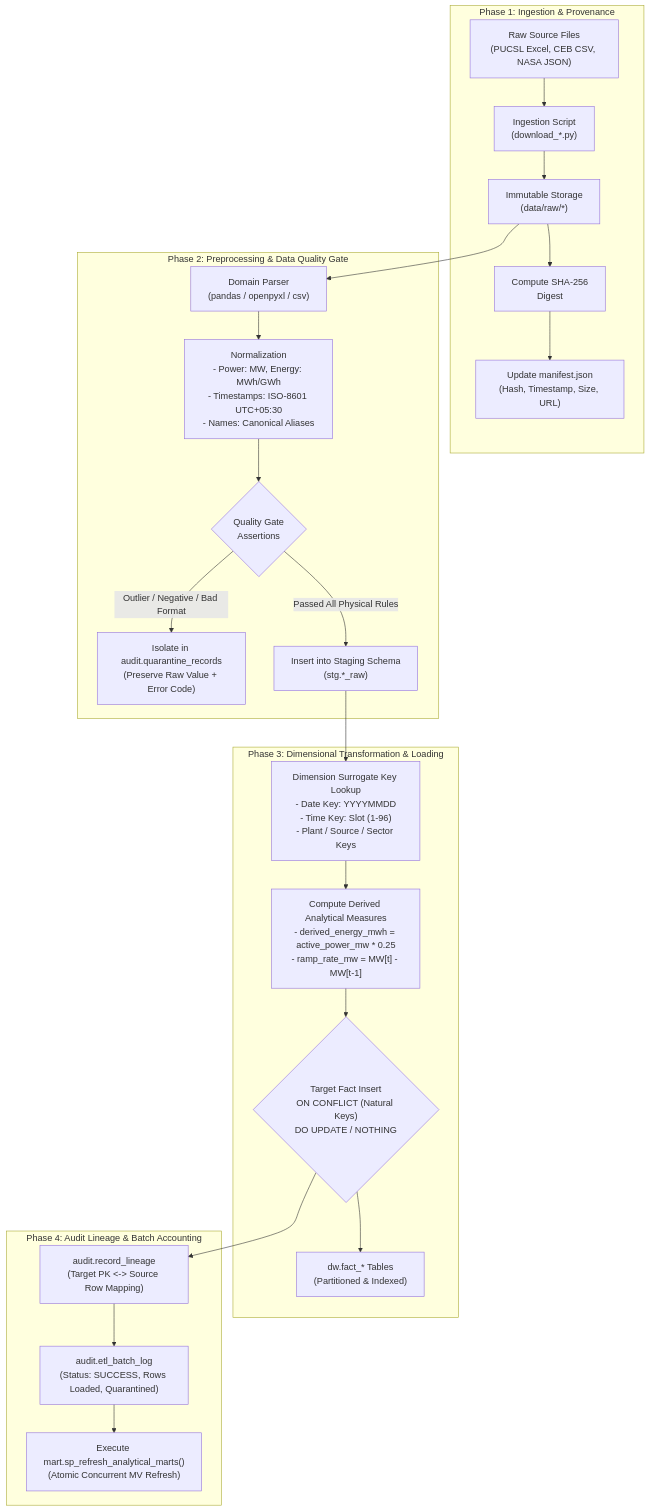
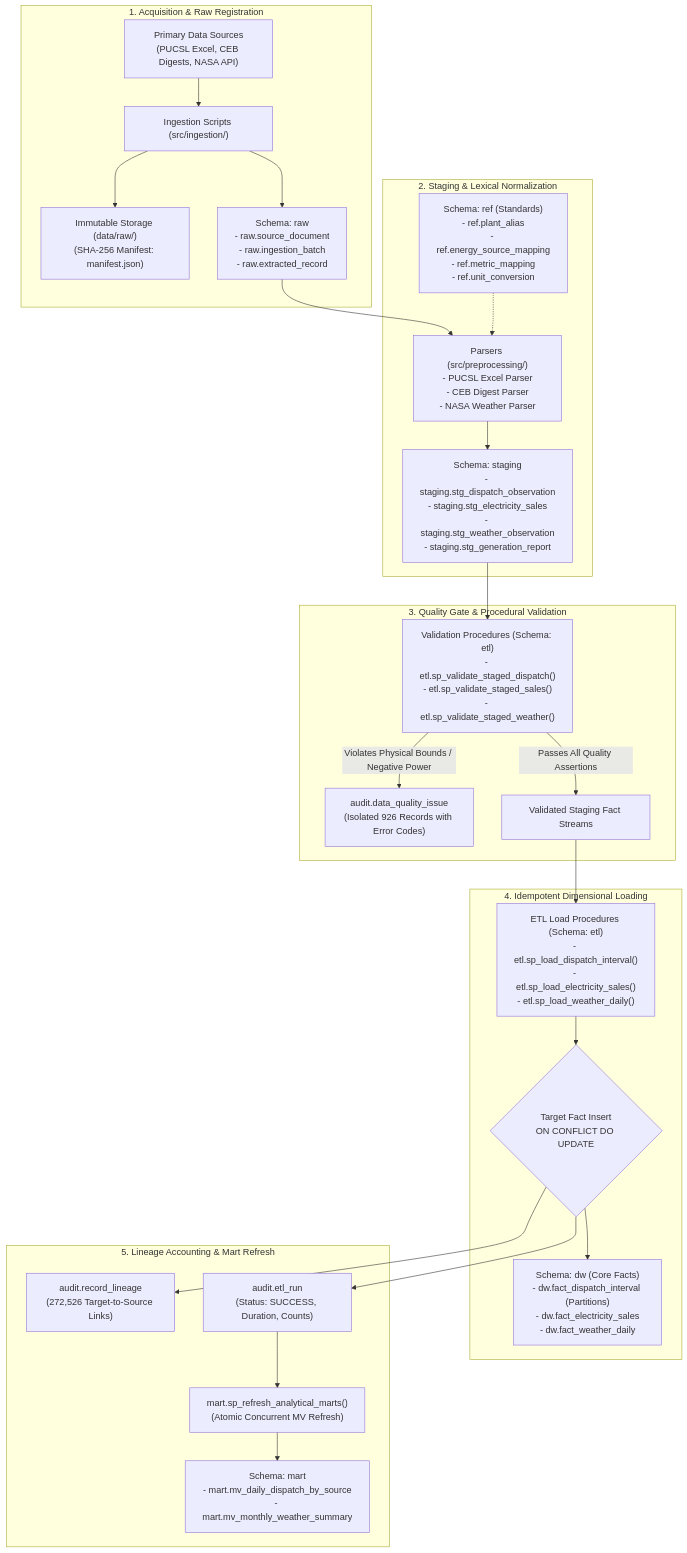
Before and after one commit to HajithMohamed/LankaGrid-Analytics: the diagram in docs/diagrams/etl-workflow.mmd, drawn with Mermaid. The commit also changed 23 other files, not shown here.

Commit message:
docs(academic): synchronize Phase 4 deliverables with verified schema, University of Ruhuna details, and submission package

```diff
--- a/docs/diagrams/etl-workflow.mmd
+++ b/docs/diagrams/etl-workflow.mmd
@@ -1,35 +1,39 @@
 flowchart TD
     %% ==============================================================================
-    %% GridLens Idempotent ETL Pipeline Architecture
-    %% Lecture 4 (Data Staging & ETL), Lecture 6 (Quality Engineering)
+    %% GridLens Authentic Idempotent ETL Architecture
+    %% Real Implementation: Staging, Validation, Quarantine, Loading & Lineage
     %% ==============================================================================
 
-    subgraph PHASE1["Phase 1: Ingestion & Provenance"]
-        SRC["Raw Source Files<br/>(PUCSL Excel, CEB CSV, NASA JSON)"] --> DOWNLOAD["Ingestion Script<br/>(download_*.py)"]
-        DOWNLOAD --> RAW_STORAGE["Immutable Storage<br/>(data/raw/*)"]
-        RAW_STORAGE --> HASH["Compute SHA-256<br/>Digest"]
-        HASH --> MANIFEST["Update manifest.json<br/>(Hash, Timestamp, Size, URL)"]
+    subgraph INGESTION["1. Acquisition & Raw Registration"]
+        RAW_SOURCE["Primary Data Sources<br/>(PUCSL Excel, CEB Digests, NASA API)"] --> DOWNLOAD["Ingestion Scripts (src/ingestion/)"]
+        DOWNLOAD --> RAW_FS["Immutable Storage (data/raw/)<br/>(SHA-256 Manifest: manifest.json)"]
+        DOWNLOAD --> RAW_DB["Schema: raw<br/>- raw.source_document<br/>- raw.ingestion_batch<br/>- raw.extracted_record"]
     end
 
-    subgraph PHASE2["Phase 2: Preprocessing & Data Quality Gate"]
-        RAW_STORAGE --> PARSER["Domain Parser<br/>(pandas / openpyxl / csv)"]
-        PARSER --> NORM["Normalization<br/>- Power: MW, Energy: MWh/GWh<br/>- Timestamps: ISO-8601 UTC+05:30<br/>- Names: Canonical Aliases"]
-        NORM --> GATE{"Quality Gate<br/>Assertions"}
+    subgraph STAGING_PARSE["2. Staging & Lexical Normalization"]
+        RAW_DB --> PARSERS["Parsers (src/preprocessing/)<br/>- PUCSL Excel Parser<br/>- CEB Digest Parser<br/>- NASA Weather Parser"]
+        PARSERS --> STG_TABLES["Schema: staging<br/>- staging.stg_dispatch_observation<br/>- staging.stg_electricity_sales<br/>- staging.stg_weather_observation<br/>- staging.stg_generation_report"]
         
-        GATE -->|Outlier / Negative / Bad Format| QUARANTINE["Isolate in audit.quarantine_records<br/>(Preserve Raw Value + Error Code)"]
-        GATE -->|Passed All Physical Rules| STG_INSERT["Insert into Staging Schema<br/>(stg.*_raw)"]
+        REF_DATA["Schema: ref (Standards)<br/>- ref.plant_alias<br/>- ref.energy_source_mapping<br/>- ref.metric_mapping<br/>- ref.unit_conversion"] -.-> PARSERS
     end
 
-    subgraph PHASE3["Phase 3: Dimensional Transformation & Loading"]
-        STG_INSERT --> DIM_LOOKUP["Dimension Surrogate Key Lookup<br/>- Date Key: YYYYMMDD<br/>- Time Key: Slot (1-96)<br/>- Plant / Source / Sector Keys"]
-        DIM_LOOKUP --> COMPUTE_DERIVED["Compute Derived Analytical Measures<br/>- derived_energy_mwh = active_power_mw * 0.25<br/>- ramp_rate_mw = MW[t] - MW[t-1]"]
-        COMPUTE_DERIVED --> UPSERT{"Target Fact Insert<br/>ON CONFLICT (Natural Keys)<br/>DO UPDATE / NOTHING"}
+    subgraph VALIDATION_GATE["3. Quality Gate & Procedural Validation"]
+        STG_TABLES --> VAL_PROCS["Validation Procedures (Schema: etl)<br/>- etl.sp_validate_staged_dispatch()<br/>- etl.sp_validate_staged_sales()<br/>- etl.sp_validate_staged_weather()"]
         
-        UPSERT --> WAREHOUSE_FACTS["dw.fact_* Tables<br/>(Partitioned & Indexed)"]
+        VAL_PROCS -->|Violates Physical Bounds / Negative Power| QUARANTINE["audit.data_quality_issue<br/>(Isolated 926 Records with Error Codes)"]
+        VAL_PROCS -->|Passes All Quality Assertions| VALIDATED["Validated Staging Fact Streams"]
     end
 
-    subgraph PHASE4["Phase 4: Audit Lineage & Batch Accounting"]
-        UPSERT --> LINEAGE["audit.record_lineage<br/>(Target PK <-> Source Row Mapping)"]
-        LINEAGE --> BATCH_LOG["audit.etl_batch_log<br/>(Status: SUCCESS, Rows Loaded, Quarantined)"]
-        BATCH_LOG --> REFRESH_MARTS["Execute mart.sp_refresh_analytical_marts()<br/>(Atomic Concurrent MV Refresh)"]
+    subgraph FACT_LOADING["4. Idempotent Dimensional Loading"]
+        VALIDATED --> LOAD_PROCS["ETL Load Procedures (Schema: etl)<br/>- etl.sp_load_dispatch_interval()<br/>- etl.sp_load_electricity_sales()<br/>- etl.sp_load_weather_daily()"]
+        
+        LOAD_PROCS --> UPSERT{"Target Fact Insert<br/>ON CONFLICT DO UPDATE"}
+        UPSERT --> CORE_FACTS["Schema: dw (Core Facts)<br/>- dw.fact_dispatch_interval (Partitions)<br/>- dw.fact_electricity_sales<br/>- dw.fact_weather_daily"]
     end
+
+    subgraph AUDIT_MART["5. Lineage Accounting & Mart Refresh"]
+        UPSERT --> LINEAGE["audit.record_lineage<br/>(272,526 Target-to-Source Links)"]
+        UPSERT --> ETL_RUN["audit.etl_run<br/>(Status: SUCCESS, Duration, Counts)"]
+        ETL_RUN --> REFRESH_MARTS["mart.sp_refresh_analytical_marts()<br/>(Atomic Concurrent MV Refresh)"]
+        REFRESH_MARTS --> MARTS["Schema: mart<br/>- mart.mv_daily_dispatch_by_source<br/>- mart.mv_monthly_weather_summary"]
+    end
```
